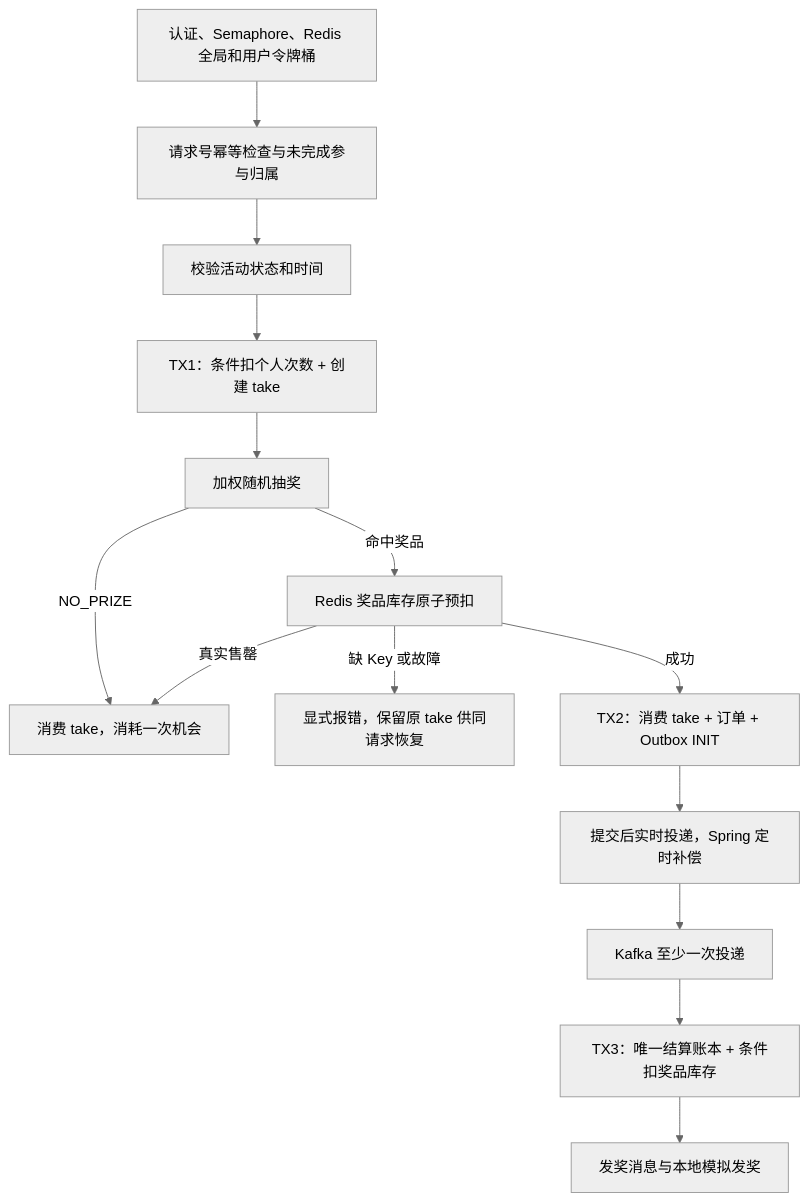
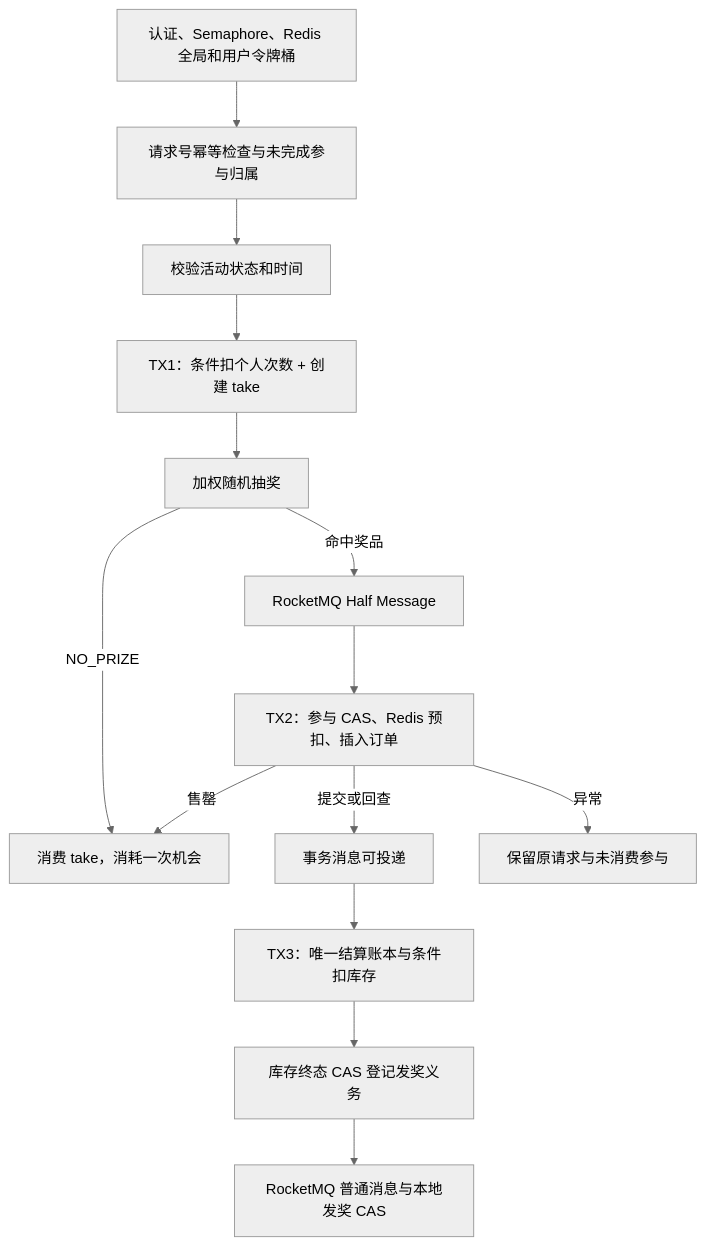
Before and after one commit to kaguranananana/lottery: the diagram in docs/architecture.md, drawn with Mermaid (neutral theme). The commit also changed other lines of this file and 59 other files, not shown here.

````diff
--- a/docs/architecture.md
+++ b/docs/architecture.md
@@ -38,16 +38,16 @@
 ```mermaid
 flowchart TD
     H[认证、Semaphore、Redis 全局和用户令牌桶] --> R[请求号幂等检查与未完成参与归属]
     R --> A[校验活动状态和时间]
     A --> T1[TX1：条件扣个人次数 + 创建 take]
     T1 --> D[加权随机抽奖]
     D -->|NO_PRIZE| N[消费 take，消耗一次机会]
-    D -->|命中奖品| S[Redis 奖品库存原子预扣]
-    S -->|真实售罄| N
-    S -->|缺 Key 或故障| E[显式报错，保留原 take 供同请求恢复]
-    S -->|成功| T2[TX2：消费 take + 订单 + Outbox INIT]
-    T2 --> J[提交后实时投递，Spring 定时补偿]
-    J --> K[Kafka 至少一次投递]
-    K --> T3[TX3：唯一结算账本 + 条件扣奖品库存]
-    T3 --> I[发奖消息与本地模拟发奖]
+    D -->|命中奖品| HMSG[RocketMQ Half Message]
+    HMSG --> T2[TX2：参与 CAS、Redis 预扣、插入订单]
+    T2 -->|提交或回查| K[事务消息可投递]
+    T2 -->|售罄| N
+    T2 -->|异常| E[保留原请求与未消费参与]
+    K --> T3[TX3：唯一结算账本与条件扣库存]
+    T3 --> I[库存终态 CAS 登记发奖义务]
+    I --> F[RocketMQ 普通消息与本地发奖 CAS]
 ```
````
